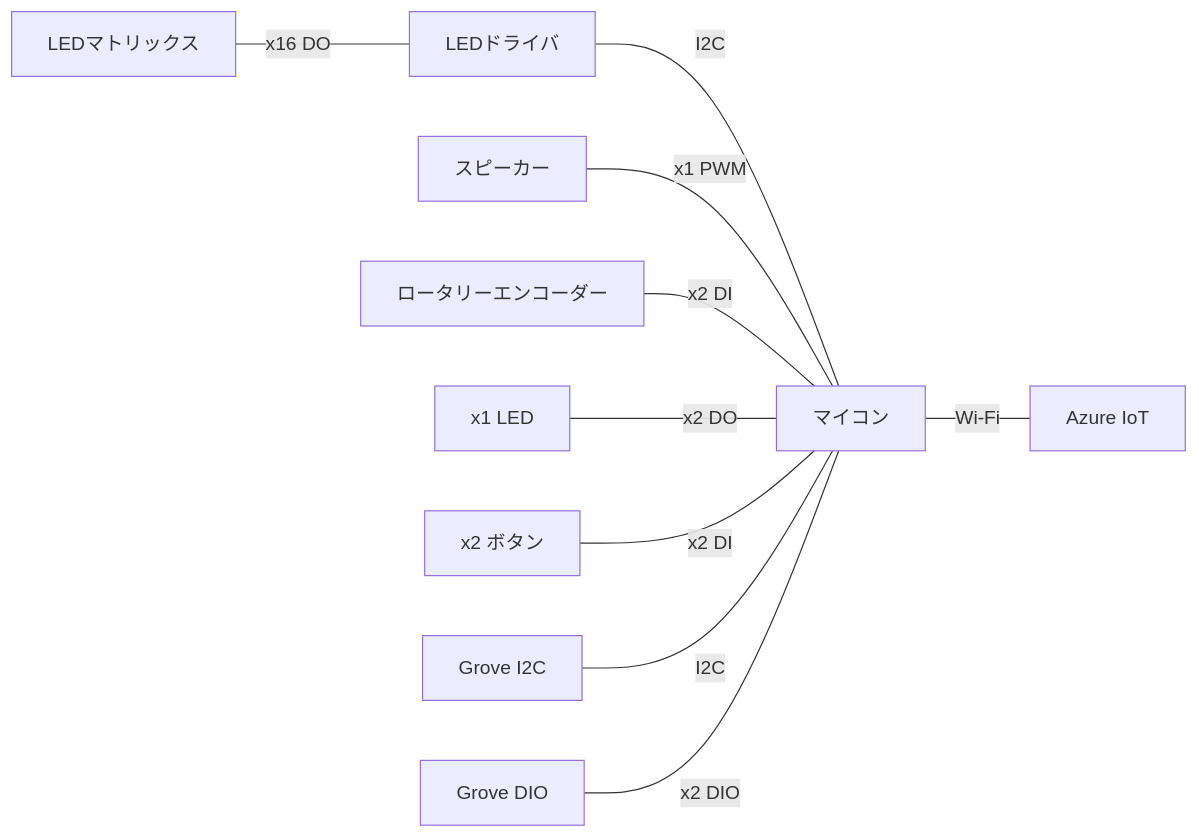
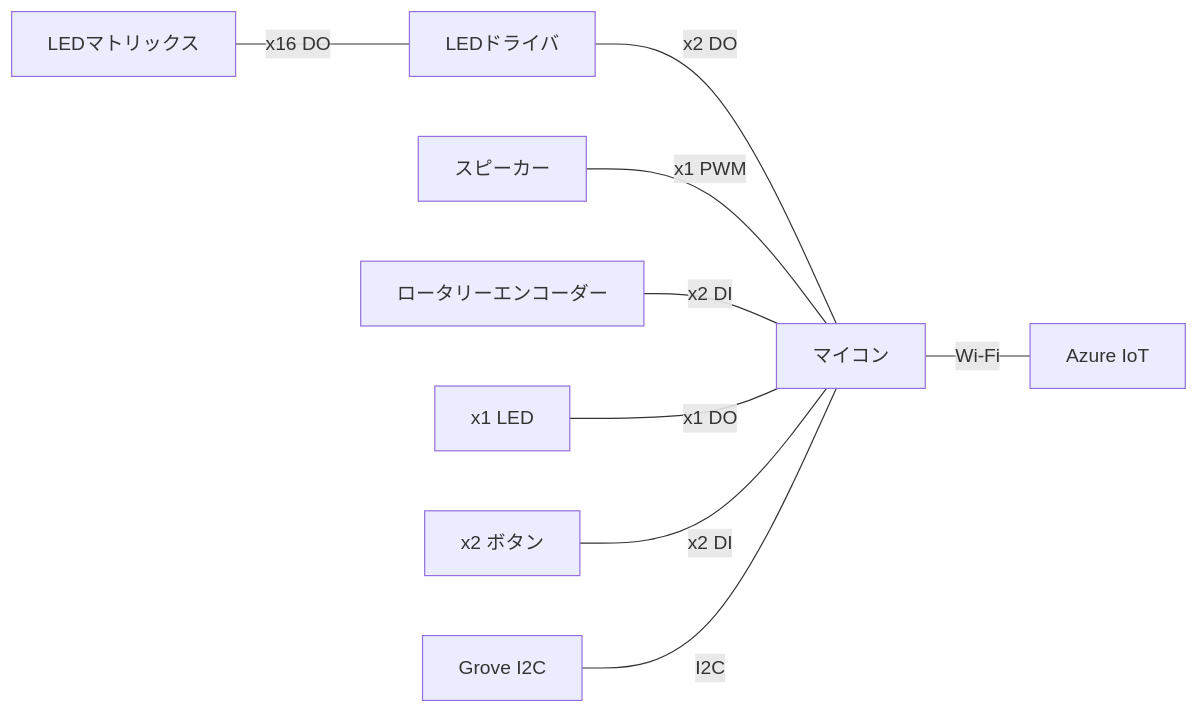
Before and after one commit to algyan/XIAOGYAN: the diagram in README.md, drawn with Mermaid. The commit also changed other lines of this file, not shown here.

````diff
--- a/README.md
+++ b/README.md
@@ -38,12 +38,11 @@
 ```mermaid
 flowchart LR
     id1[LEDマトリックス]-- x16 DO ---id7[LEDドライバ]
-    id7-- I2C ---id2[マイコン]
+    id7-- x2 DO ---id2[マイコン]
     id3[スピーカー]-- x1 PWM ---id2
     id4[ロータリーエンコーダー]-- x2 DI ---id2
-    id8[x1 LED]-- x2 DO ---id2
+    id8[x1 LED]-- x1 DO ---id2
     id9[x2 ボタン]-- x2 DI ---id2
     id2-- Wi-Fi ---id6[Azure IoT]
     id10[Grove I2C]-- I2C ---id2
-    id11[Grove DIO]-- x2 DIO ---id2
 ```
````
